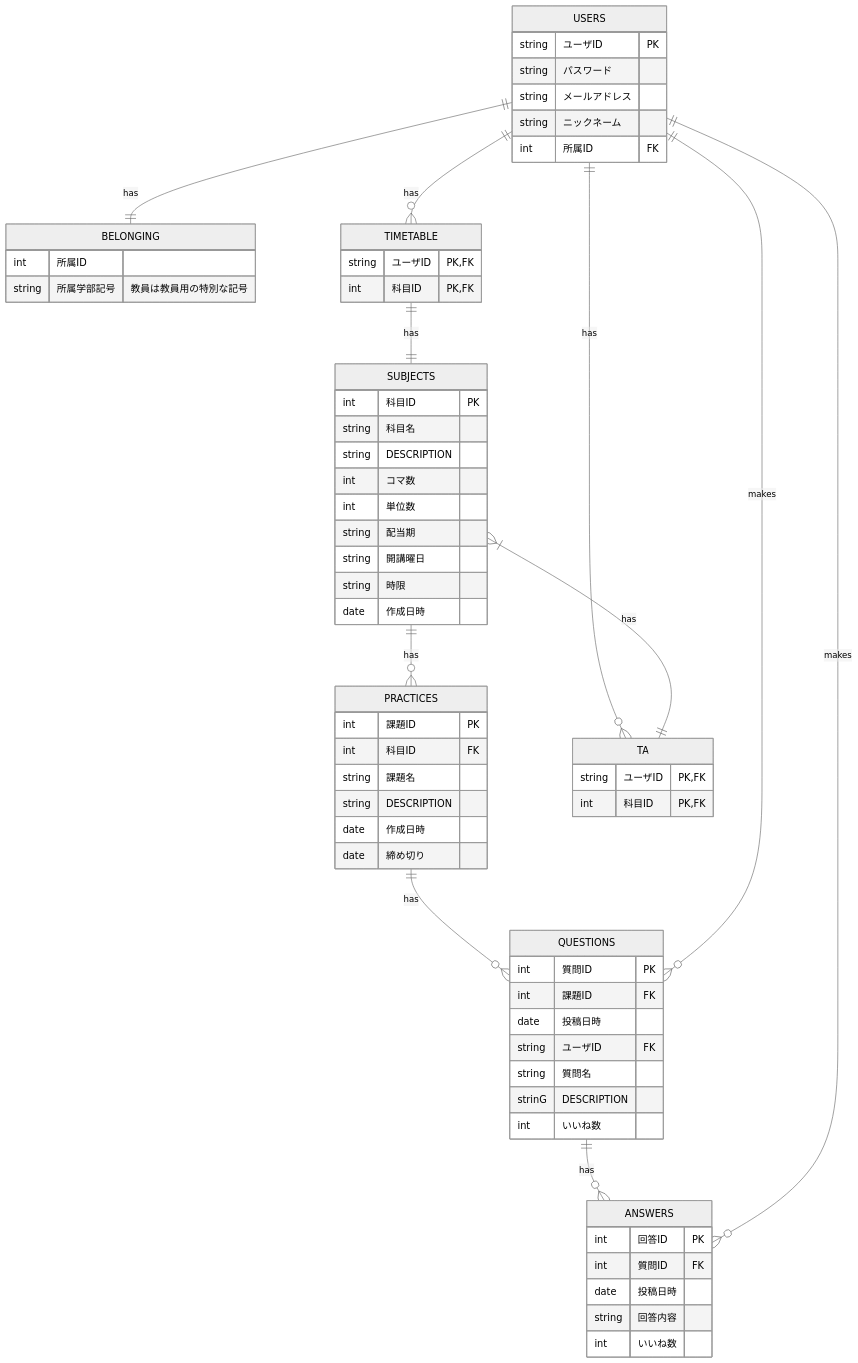
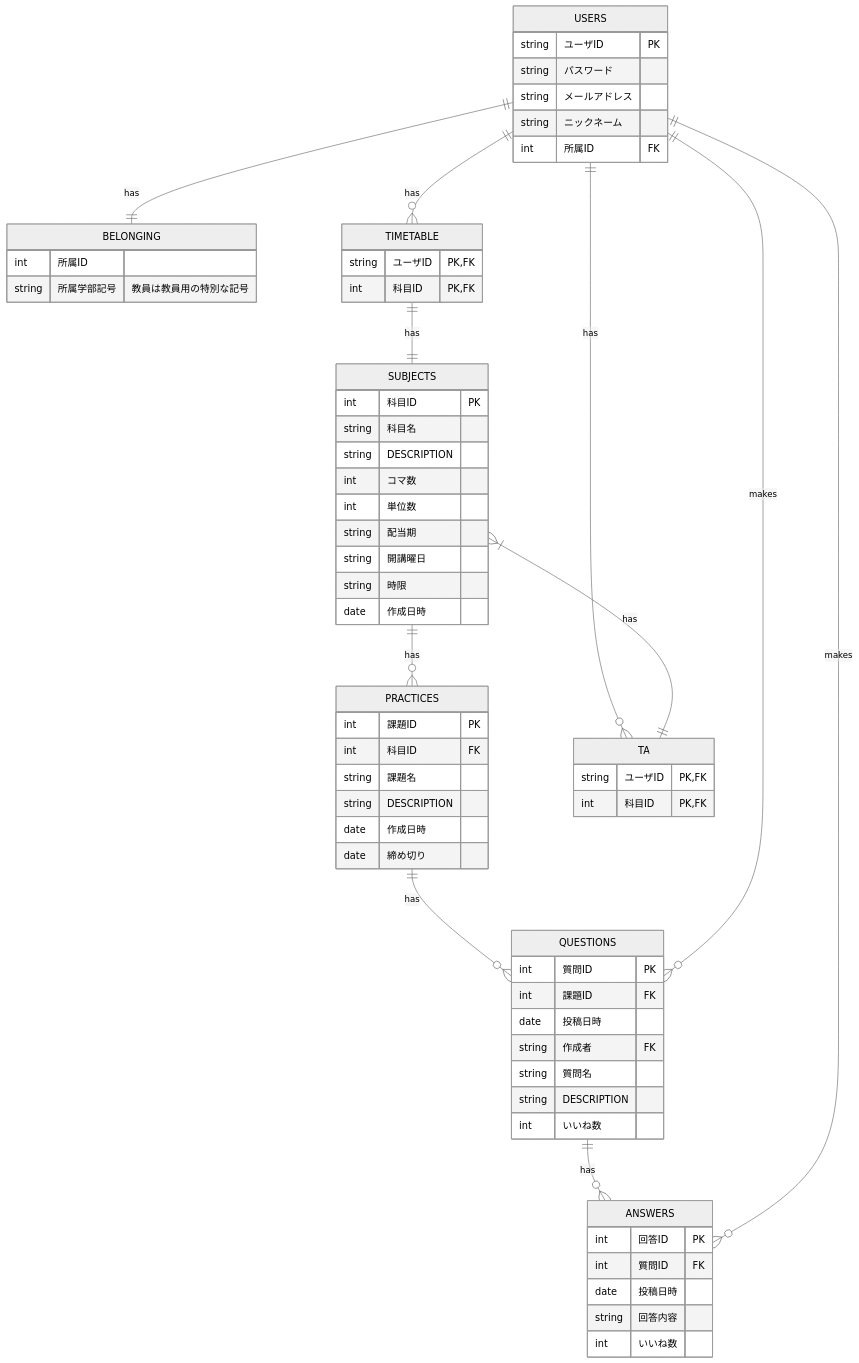
Before and after one commit to buhtiG27/ServerProgramming: the diagram in QandA_ER.md, drawn with Mermaid (neutral theme).

Commit message:
QUESTIONSテーブルの修正

````diff
--- a/QandA_ER.md
+++ b/QandA_ER.md
@@ -3,75 +3,75 @@
 ```mermaid
     erDiagram
         USERS {
             string ユーザID PK
             string パスワード
             string メールアドレス
             string ニックネーム
             int 所属ID FK
         }
 
         BELONGING {
             int 所属ID
             string 所属学部記号 "教員は教員用の特別な記号"
         }
 
         SUBJECTS {
             int 科目ID PK
             string 科目名
             string DESCRIPTION
             int コマ数
             int 単位数
             string 配当期
             string 開講曜日
             string 時限
             date 作成日時
         }
 
         PRACTICES {
             int 課題ID PK
             int 科目ID FK
             string 課題名
             string DESCRIPTION
             date 作成日時
             date 締め切り
         }
 
         QUESTIONS {
             int 質問ID PK
             int 課題ID FK
             date 投稿日時
-            string ユーザID FK
+            string 作成者 FK
             string 質問名
-            strinG DESCRIPTION
+            string DESCRIPTION
             int いいね数
         }
 
         ANSWERS {
             int 回答ID PK
             int 質問ID FK
             date 投稿日時
             string 回答内容
             int いいね数
         }
 
         TIMETABLE {
             string ユーザID PK,FK
             int 科目ID PK,FK
         }
 
         TA {
             string ユーザID PK,FK
             int 科目ID PK, FK
         }
 
         USERS ||--o{ TIMETABLE : has
         TIMETABLE ||--|| SUBJECTS : has
         SUBJECTS ||--o{ PRACTICES : has
         PRACTICES ||--o{ QUESTIONS : has
         QUESTIONS ||--o{ ANSWERS : has
         USERS ||--o{ QUESTIONS : makes
         USERS ||--o{ ANSWERS : makes
         USERS ||--|| BELONGING : has
         USERS ||--o{ TA : has
         SUBJECTS }|--|| TA : has
 ```
````
